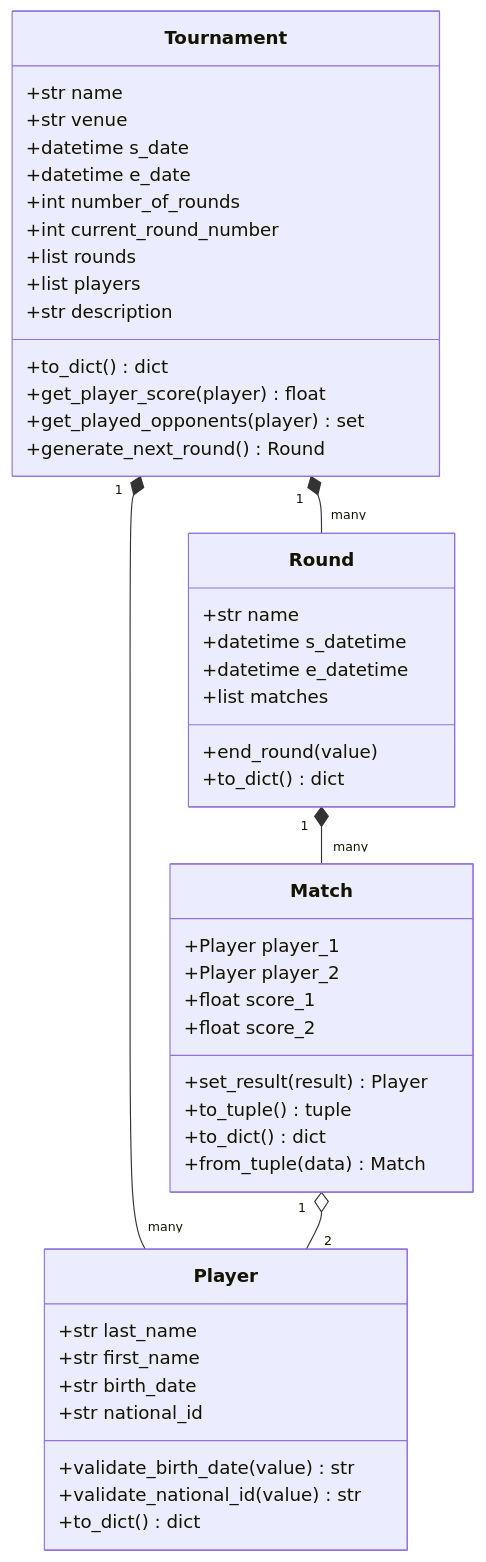
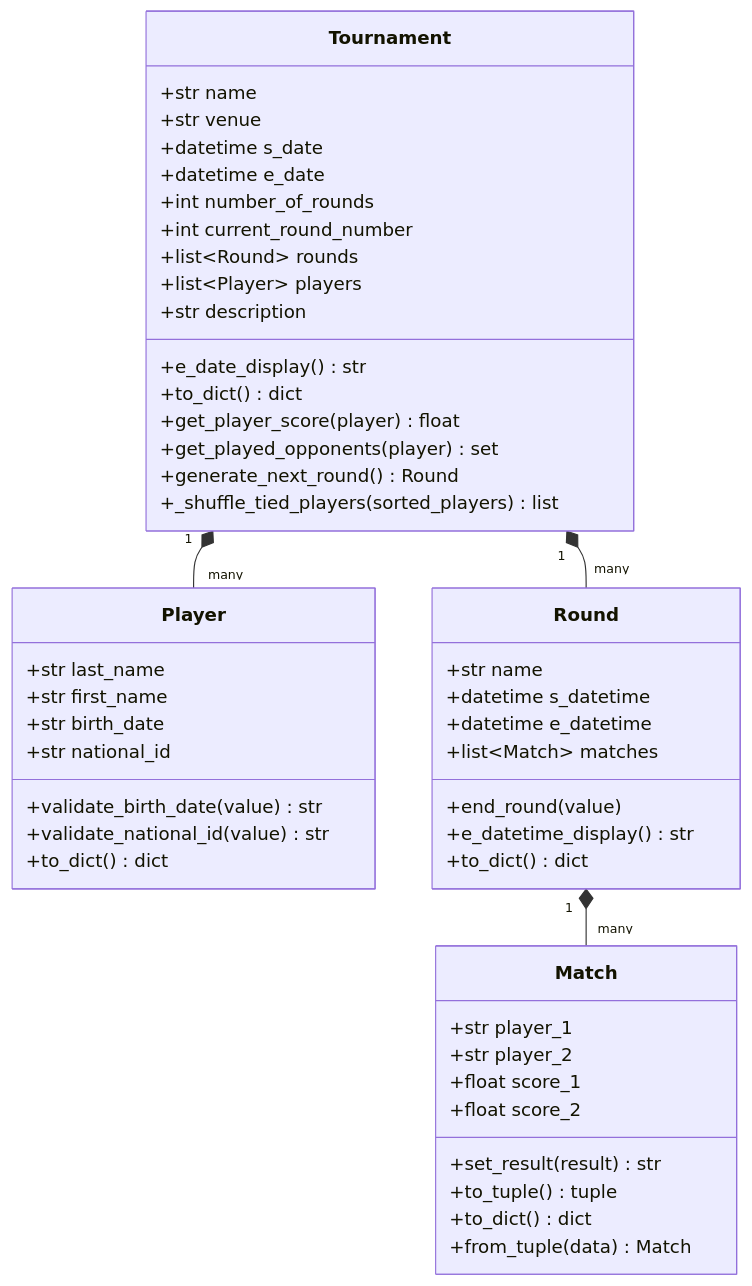
Before and after one commit to MaximeC31/ChessTournamentManager-MVC: the diagram in docs/class.md, drawn with Mermaid. The commit also changed 13 other files, not shown here.

````diff
--- a/docs/class.md
+++ b/docs/class.md
@@ -3,53 +3,55 @@
 ```mermaid
 classDiagram
     class Player {
         +str last_name
         +str first_name
         +str birth_date
         +str national_id
         +validate_birth_date(value) str
         +validate_national_id(value) str
         +to_dict() dict
     }
 
     class Round {
         +str name
         +datetime s_datetime
         +datetime e_datetime
-        +list matches
+        +list~Match~ matches
         +end_round(value)
+        +e_datetime_display() str
         +to_dict() dict
     }
 
     class Match {
-        +Player player_1
-        +Player player_2
+        +str player_1
+        +str player_2
         +float score_1
         +float score_2
-        +set_result(result) Player
+        +set_result(result) str
         +to_tuple() tuple
         +to_dict() dict
         +from_tuple(data) Match
     }
 
     class Tournament {
         +str name
         +str venue
         +datetime s_date
         +datetime e_date
         +int number_of_rounds
         +int current_round_number
-        +list rounds
-        +list players
+        +list~Round~ rounds
+        +list~Player~ players
         +str description
+        +e_date_display() str
         +to_dict() dict
         +get_player_score(player) float
         +get_played_opponents(player) set
         +generate_next_round() Round
+        +_shuffle_tied_players(sorted_players) list
     }
 
     Tournament "1" *-- "many" Round
     Tournament "1" *-- "many" Player
     Round "1" *-- "many" Match
-    Match "1" o-- "2" Player
 ```
````
